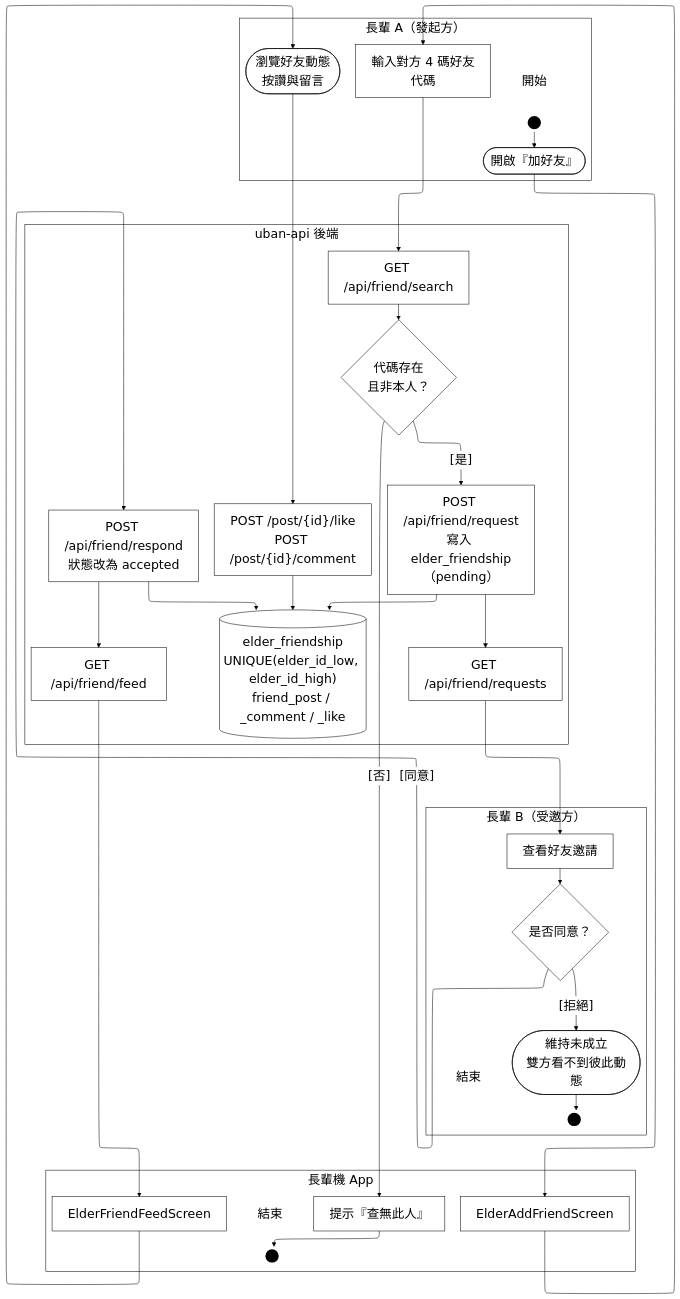
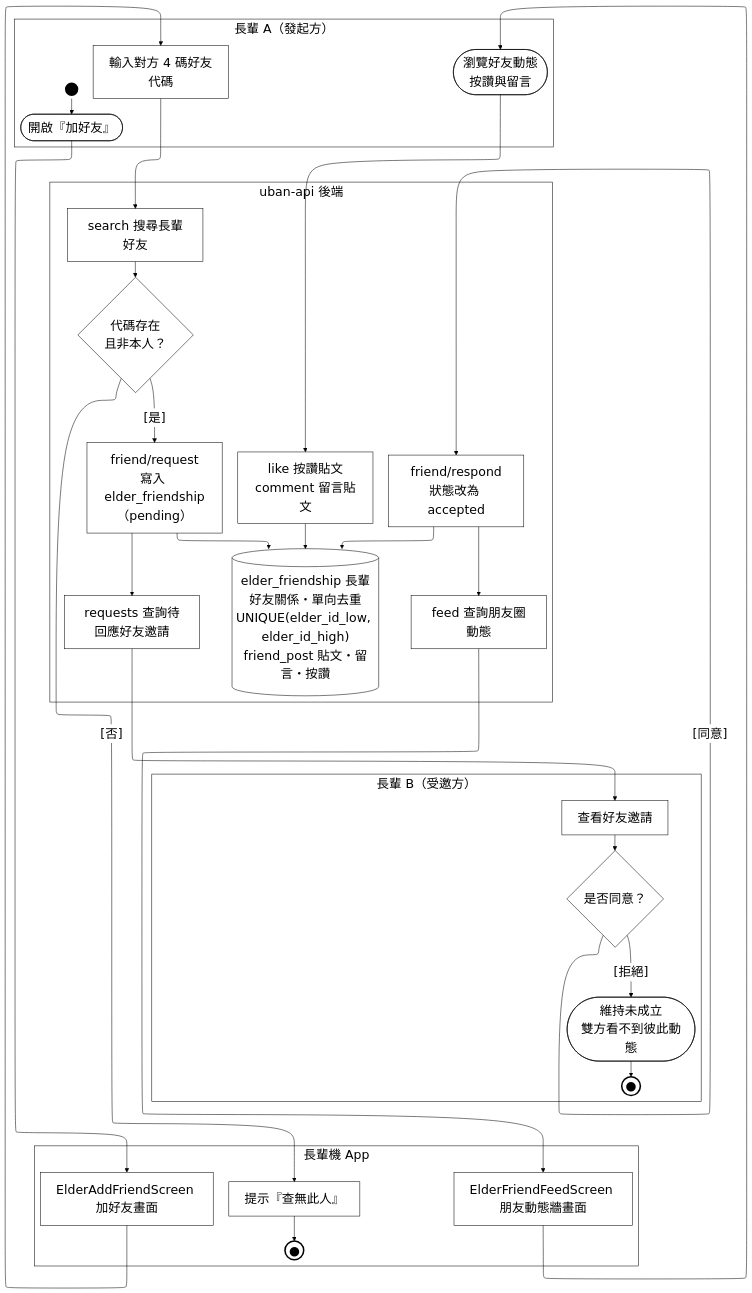
Before and after one commit to HuangYu-Kai/Uban: the diagram in Uban System Documents/mermaid原始碼/A07-長輩社交.mmd, drawn with Mermaid. The commit also changed 87 other files, not shown here.

First line of the commit message:
圖表：全面改用 draw.io 取代 mermaid，並把 113 個純英文節點改成英中對照

```diff
--- a/Uban System Documents/mermaid原始碼/A07-長輩社交.mmd
+++ b/Uban System Documents/mermaid原始碼/A07-長輩社交.mmd
@@ -1,66 +1,64 @@
-%%{init:{"layout":"elk","elk":{"mergeEdges":false},"flowchart":{"htmlLabels":true},"themeVariables":{"clusterBkg":"#FFFFFF","clusterBorder":"#000000","edgeLabelBackground":"#FFFFFF","textColor":"#000000","nodeTextColor":"#000000","titleColor":"#000000","lineColor":"#000000","fontSize":"24px"}}}%%
+%%{init:{"layout":"elk","elk":{"mergeEdges":false,"nodePlacementStrategy":"NETWORK_SIMPLEX"},"flowchart":{"htmlLabels":true},"themeVariables":{"clusterBkg":"#FFFFFF","clusterBorder":"#000000","edgeLabelBackground":"#FFFFFF","textColor":"#000000","nodeTextColor":"#000000","titleColor":"#000000","lineColor":"#000000","fontSize":"24px"}}}%%
 flowchart TD
   subgraph ROLE["長輩 A（發起方）"]
-    LS_S1["開始"]:::lbl
+    PAD_ROLE["&nbsp;&nbsp;&nbsp;&nbsp;&nbsp;&nbsp;&nbsp;&nbsp;&nbsp;&nbsp;&nbsp;&nbsp;&nbsp;&nbsp;&nbsp;&nbsp;&nbsp;&nbsp;&nbsp;&nbsp;&nbsp;&nbsp;&nbsp;&nbsp;&nbsp;&nbsp;&nbsp;&nbsp;&nbsp;&nbsp;&nbsp;&nbsp;&nbsp;&nbsp;&nbsp;&nbsp;&nbsp;&nbsp;&nbsp;&nbsp;&nbsp;"]:::pad
     ST_S1(("&nbsp;")):::term
     S1([開啟『加好友』]):::act
     S2["輸入對方 4 碼好友代碼"]:::act
     S3(["瀏覽好友動態<br/>按讚與留言"]):::act
   end
   subgraph ROLE2["長輩 B（受邀方）"]
+    PAD_ROLE2["&nbsp;&nbsp;&nbsp;&nbsp;&nbsp;&nbsp;&nbsp;&nbsp;&nbsp;&nbsp;&nbsp;&nbsp;&nbsp;&nbsp;&nbsp;&nbsp;&nbsp;&nbsp;&nbsp;&nbsp;&nbsp;&nbsp;&nbsp;&nbsp;&nbsp;&nbsp;&nbsp;&nbsp;&nbsp;&nbsp;&nbsp;&nbsp;&nbsp;&nbsp;&nbsp;&nbsp;&nbsp;&nbsp;&nbsp;&nbsp;&nbsp;&nbsp;&nbsp;&nbsp;&nbsp;&nbsp;&nbsp;&nbsp;&nbsp;&nbsp;&nbsp;&nbsp;&nbsp;&nbsp;&nbsp;&nbsp;&nbsp;&nbsp;&nbsp;&nbsp;&nbsp;&nbsp;&nbsp;&nbsp;&nbsp;&nbsp;&nbsp;&nbsp;&nbsp;&nbsp;&nbsp;&nbsp;&nbsp;&nbsp;&nbsp;&nbsp;&nbsp;&nbsp;&nbsp;&nbsp;&nbsp;&nbsp;&nbsp;&nbsp;&nbsp;&nbsp;&nbsp;&nbsp;&nbsp;&nbsp;"]:::pad
     T1["查看好友邀請"]:::act
     T2{"是否同意？"}:::dec
     R1(["維持未成立<br/>雙方看不到彼此動態"]):::act
-    LE_R1["結束"]:::lbl
-    EN_R1(("&nbsp;")):::term
+    EN_R1(("●")):::endterm
   end
   subgraph FE["長輩機 App"]
-    A1["ElderAddFriendScreen"]:::act
-    A2["ElderFriendFeedScreen"]:::act
+    PAD_FE["&nbsp;&nbsp;&nbsp;&nbsp;&nbsp;&nbsp;&nbsp;&nbsp;"]:::pad
+    A1["ElderAddFriendScreen 加好友畫面"]:::act
+    A2["ElderFriendFeedScreen 朋友動態牆畫面"]:::act
     A3["提示『查無此人』"]:::act
-    LE_A3["結束"]:::lbl
-    EN_A3(("&nbsp;")):::term
+    EN_A3(("●")):::endterm
   end
   subgraph BE["uban-api 後端"]
-    B1["GET /api/friend/search"]:::act
+    B1["search 搜尋長輩好友"]:::act
     B2{"代碼存在<br/>且非本人？"}:::dec
-    B3["POST /api/friend/request<br/>寫入 elder_friendship（pending）"]:::act
-    B4["GET /api/friend/requests"]:::act
-    B5["POST /api/friend/respond<br/>狀態改為 accepted"]:::act
-    B6["GET /api/friend/feed"]:::act
-    B7["POST /post/{id}/like<br/>POST /post/{id}/comment"]:::act
-    DB[("elder_friendship<br/>UNIQUE(elder_id_low, elder_id_high)<br/>friend_post / _comment / _like")]:::act
+    B3["friend/request<br/>寫入 elder_friendship（pending）"]:::act
+    B4["requests 查詢待回應好友邀請"]:::act
+    B5["friend/respond<br/>狀態改為 accepted"]:::act
+    B6["feed 查詢朋友圈動態"]:::act
+    B7["like 按讚貼文<br/>comment 留言貼文"]:::act
+    DB[("elder_friendship 長輩好友關係・單向去重<br/>UNIQUE(elder_id_low, elder_id_high)<br/>friend_post 貼文・留言・按讚")]:::act
   end
 
-  LS_S1 ~~~ ST_S1
   ST_S1 --> S1
   S1 --> A1
   A1 --> S2
   S2 --> B1
   B1 --> B2
   B2 -->|"[否]"| A3
   B2 -->|"[是]"| B3
   B3 --> DB
   B3 --> B4
   B4 --> T1
   T1 --> T2
   T2 -->|"[拒絕]"| R1
   T2 -->|"[同意]"| B5
   B5 --> DB
   B5 --> B6
   B6 --> A2
   A2 --> S3
   S3 --> B7
   B7 --> DB
   R1 --> EN_R1
-  LE_R1 ~~~ EN_R1
   A3 --> EN_A3
-  LE_A3 ~~~ EN_A3
   %% 鎖住泳道順序：ELK 不照宣告順序排，沒有這條鏈後端會跑到最上面
   ROLE ~~~ ROLE2 ~~~ FE ~~~ BE
 
+  classDef pad  fill:none,stroke:none,color:#FFFFFF
   classDef act  fill:#FFFFFF,stroke:#000000,stroke-width:1px,color:#000000
   classDef dec  fill:#FFFFFF,stroke:#000000,stroke-width:1px,color:#000000
   classDef term fill:#000000,stroke:#000000,stroke-width:3px,color:#000000
+  classDef endterm fill:#FFFFFF,stroke:#000000,stroke-width:3px,color:#000000
   classDef gap  fill:#FFFFFF,stroke:#000000,stroke-width:1px,color:#000000,stroke-dasharray:4 3
-  classDef lbl  fill:none,stroke:none,color:#000000
```
